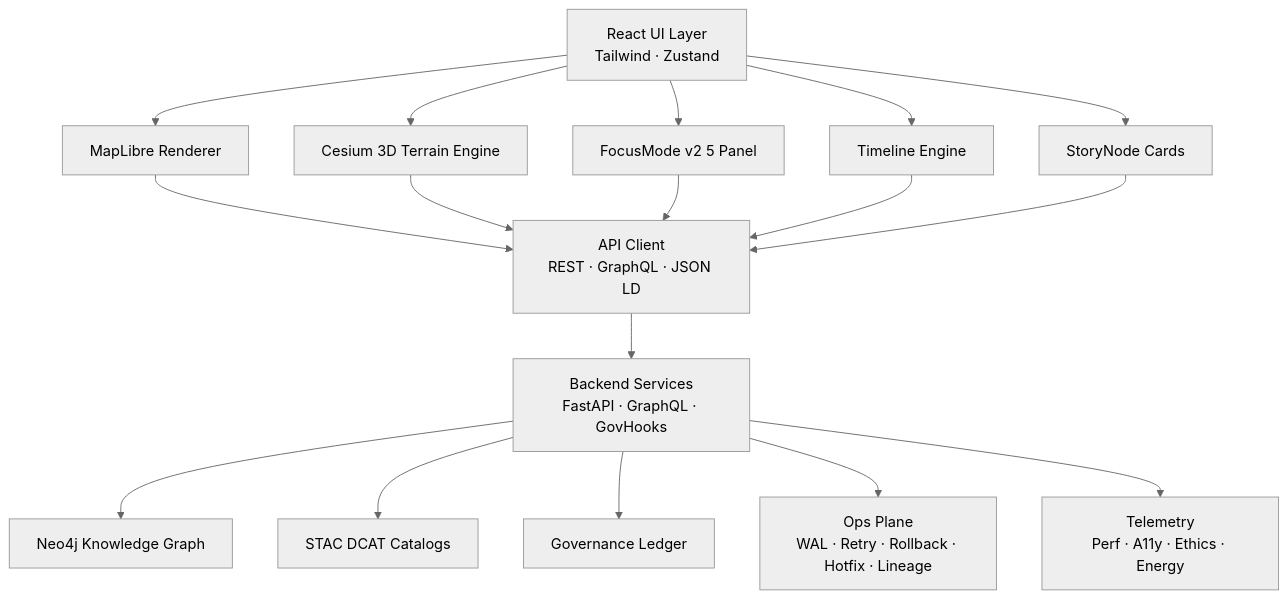
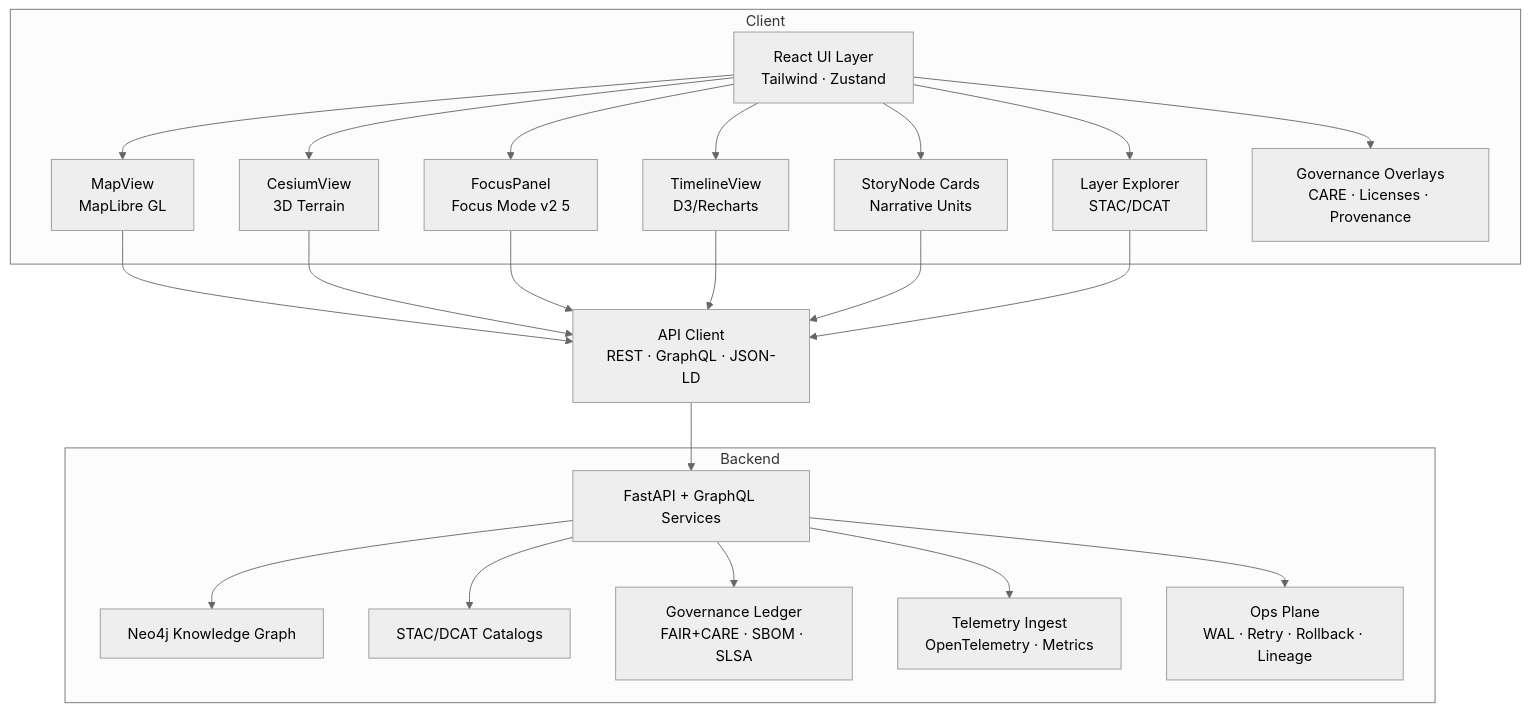
The first of 2 diagrams in web/ARCHITECTURE.md (bartytime4life/Kansas-Frontier-Matrix), drawn with Mermaid (neutral theme) before and after one commit. The commit also changed other lines of this file, not shown here.

First line of the commit message:
Upgrade architecture document to version 10.4.0

`````diff
--- a/web/ARCHITECTURE.md
+++ b/web/ARCHITECTURE.md
@@ -56,21 +164,44 @@
 ```mermaid
 flowchart TD
-    UI[React UI Layer<br/>Tailwind · Zustand] --> MAP[MapLibre Renderer]
-    UI --> THREE[Cesium 3D Terrain Engine]
-    UI --> FOCUS[FocusMode v2 5 Panel]
-    UI --> STORY[StoryNode Cards]
-    UI --> TL[Timeline Engine]
+    subgraph Client
+      UI[React UI Layer<br/>Tailwind · Zustand]
+      MV[MapView<br/>MapLibre GL]
+      CV[CesiumView<br/>3D Terrain]
+      FP[FocusPanel<br/>Focus Mode v2 5]
+      SN[StoryNode Cards<br/>Narrative Units]
+      TL[TimelineView<br/>D3/Recharts]
+      LX[Layer Explorer<br/>STAC/DCAT]
+      GOVUI[Governance Overlays<br/>CARE · Licenses · Provenance]
+    end
 
-    MAP --> API[API Client<br/>REST · GraphQL · JSON LD]
-    THREE --> API
-    FOCUS --> API
+    UI --> MV
+    UI --> CV
+    UI --> FP
+    UI --> SN
+    UI --> TL
+    UI --> LX
+    UI --> GOVUI
+
+    MV --> API[API Client<br/>REST · GraphQL · JSON-LD]
+    CV --> API
+    FP --> API
     TL --> API
-    STORY --> API
+    SN --> API
+    LX --> API
 
-    API --> SVC[Backend Services<br/>FastAPI · GraphQL · GovHooks]
-    SVC --> KG[Neo4j Knowledge Graph]
-    SVC --> STAC[STAC DCAT Catalogs]
-    SVC --> GOV[Governance Ledger]
-    SVC --> OPS[Ops Plane<br/>WAL · Retry · Rollback · Hotfix · Lineage]
-    SVC --> TEL[Telemetry<br/>Perf · A11y · Ethics · Energy]
-```
+    subgraph Backend
+      SVC[FastAPI + GraphQL Services]
+      KG[Neo4j Knowledge Graph]
+      STAC[STAC/DCAT Catalogs]
+      GOV[Governance Ledger<br/>FAIR+CARE · SBOM · SLSA]
+      TEL[Telemetry Ingest<br/>OpenTelemetry · Metrics]
+      OPS[Ops Plane<br/>WAL · Retry · Rollback · Lineage]
+    end
+
+    API --> SVC
+    SVC --> KG
+    SVC --> STAC
+    SVC --> GOV
+    SVC --> TEL
+    SVC --> OPS
+````
`````
